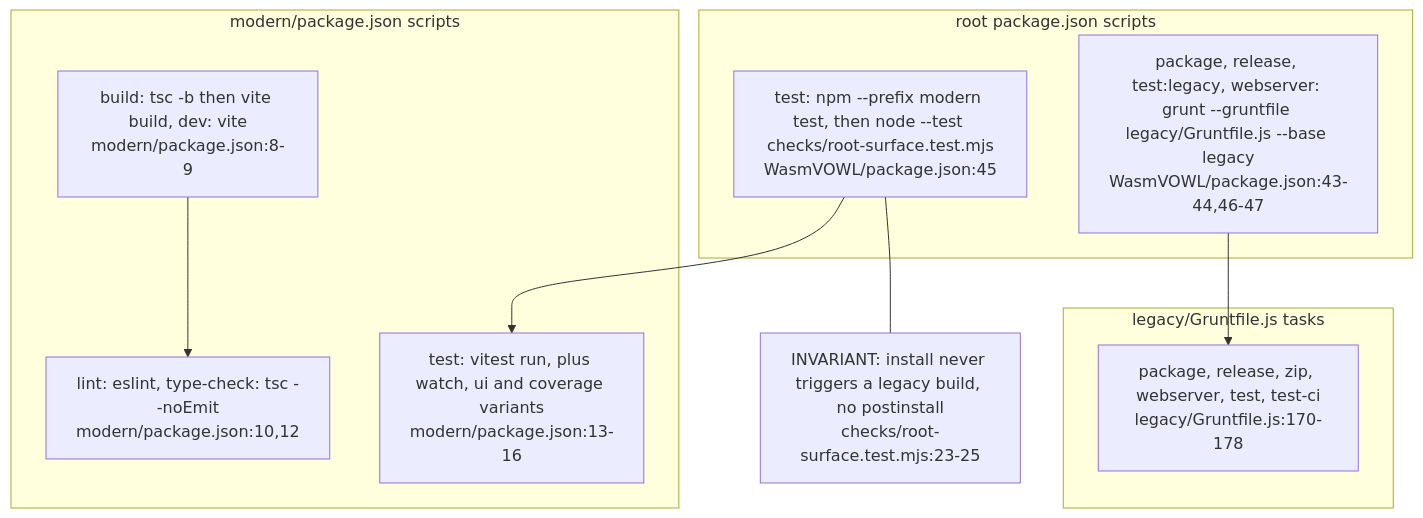
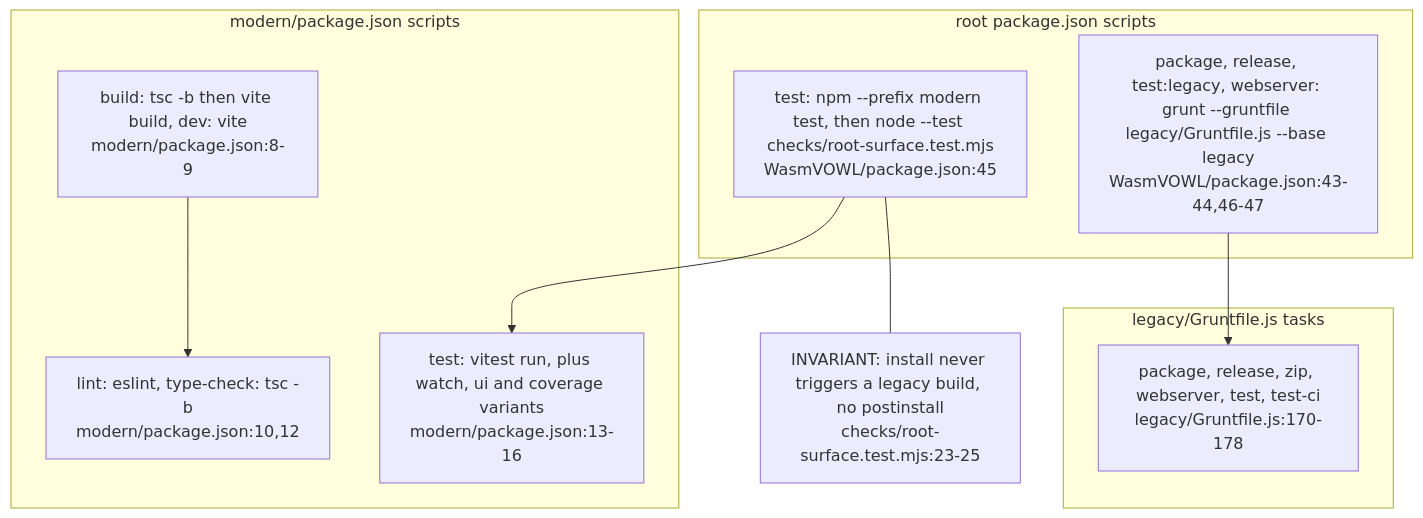
One commit to DreamLab-AI/VisionFlow changed the first of 3 diagrams in docs/diagrams/wasmvowl/04-build-test-ci-and-deploy.md. Above: the diagram before and after it, drawn with Mermaid. The commit also changed other lines of this file and 4 other files, not shown here.

First line of the commit message:
docs(diagrams): wasmvowl re-verified at WasmVOWL 2bb54b3 (NggExplorer layout, camera, CI)

````diff
--- a/docs/diagrams/wasmvowl/04-build-test-ci-and-deploy.md
+++ b/docs/diagrams/wasmvowl/04-build-test-ci-and-deploy.md
@@ -32,20 +32,20 @@
 ```mermaid
 flowchart TB
     subgraph ROOT["root package.json scripts"]
         RT["test: npm --prefix modern test, then node --test checks/root-surface.test.mjs<br/>WasmVOWL/package.json:45"]
         RL["package, release, test:legacy, webserver: grunt --gruntfile legacy/Gruntfile.js --base legacy<br/>WasmVOWL/package.json:43-44,46-47"]
     end
     subgraph MOD["modern/package.json scripts"]
         MB["build: tsc -b then vite build, dev: vite<br/>modern/package.json:8-9"]
         MT["test: vitest run, plus watch, ui and coverage variants<br/>modern/package.json:13-16"]
-        ML["lint: eslint, type-check: tsc --noEmit<br/>modern/package.json:10,12"]
+        ML["lint: eslint, type-check: tsc -b<br/>modern/package.json:10,12"]
     end
     subgraph LEG["legacy/Gruntfile.js tasks"]
         GT["package, release, zip, webserver, test, test-ci<br/>legacy/Gruntfile.js:170-178"]
     end
     RT --> MT
     RL --> GT
     MB --> ML
     N1["INVARIANT: install never triggers a legacy build, no postinstall<br/>checks/root-surface.test.mjs:23-25"]
     RT --- N1
 ```
````
